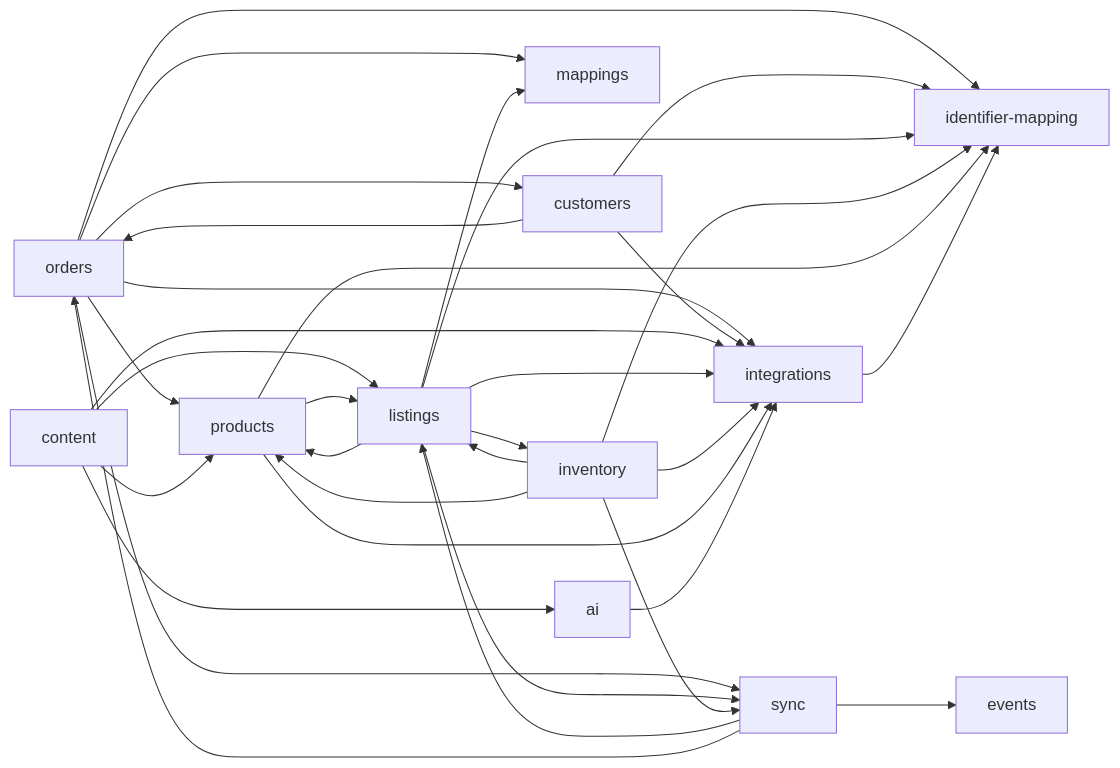
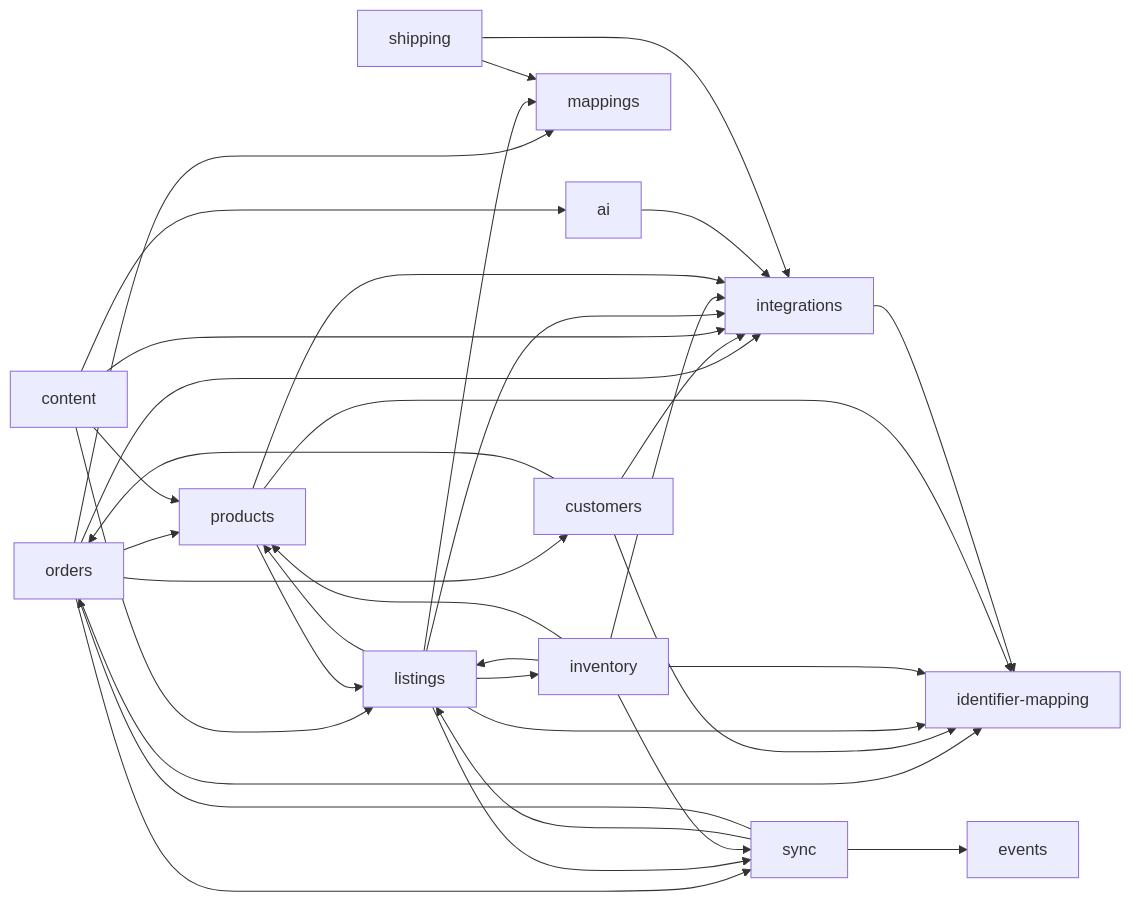
One commit to openlinker-project/openlinker changed the diagram in docs/architecture-overview.md. Above: the diagram before and after it, drawn with Mermaid. The commit also changed 12 other files, not shown here.

````diff
--- a/docs/architecture-overview.md
+++ b/docs/architecture-overview.md
@@ -1143,35 +1143,37 @@
 ```mermaid
 graph LR
   orders --> customers
   orders --> identifier-mapping
   orders --> integrations
   orders --> mappings
   orders --> products
   orders --> sync
   customers --> identifier-mapping
   customers --> integrations
   customers --> orders
   content --> ai
   content --> integrations
   content --> listings
   content --> products
   listings --> identifier-mapping
   listings --> integrations
   listings --> inventory
   listings --> mappings
   listings --> products
   listings --> sync
   inventory --> identifier-mapping
   inventory --> integrations
   inventory --> listings
   inventory --> products
   inventory --> sync
   products --> identifier-mapping
   products --> integrations
   products --> listings
   sync --> events
   sync --> listings
   sync --> orders
   ai --> integrations
   integrations --> identifier-mapping
+  shipping --> integrations
+  shipping --> mappings
 ```
````
